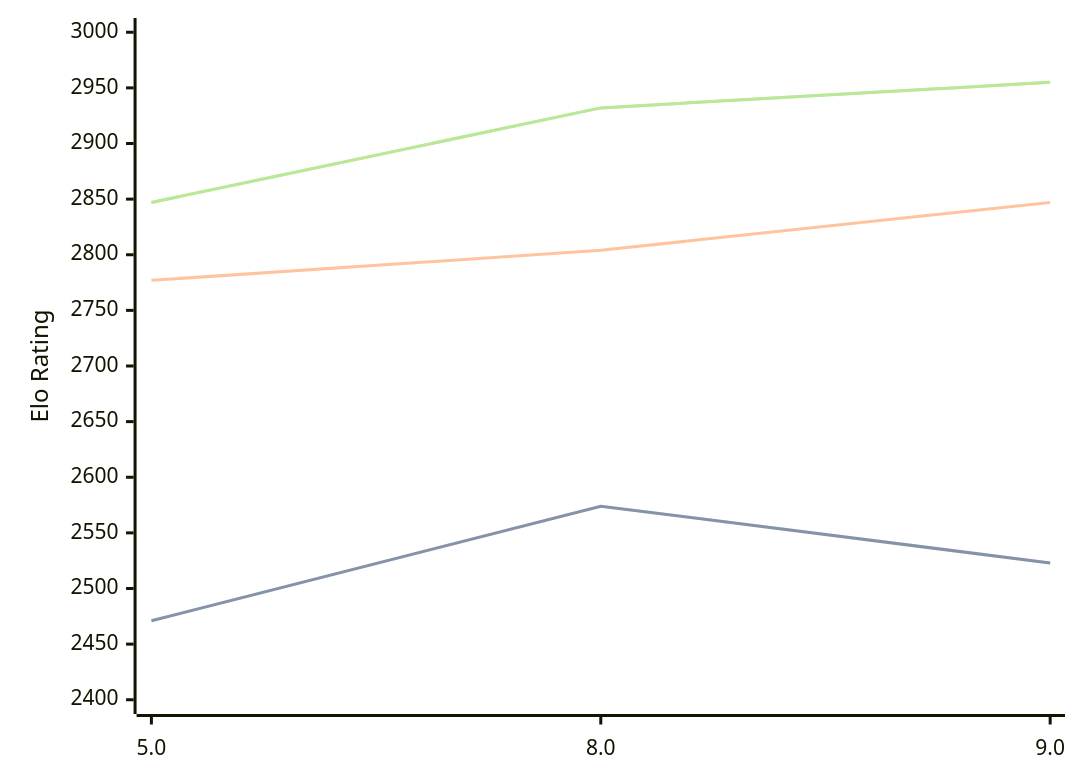
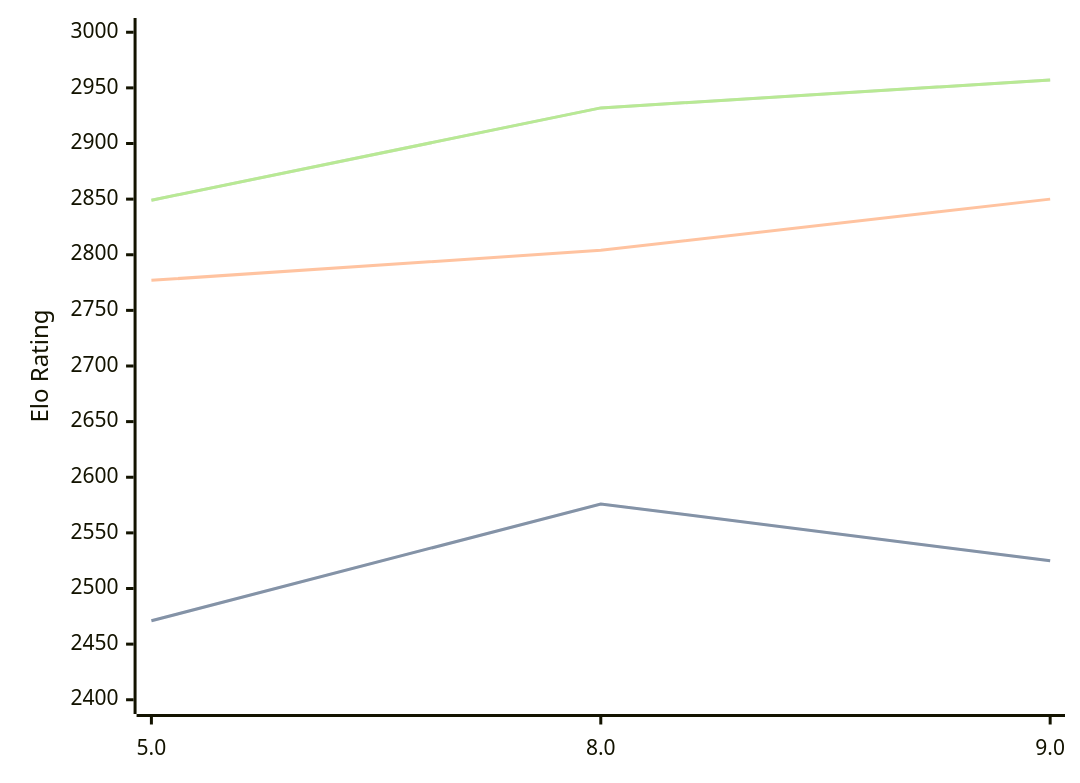
Before and after one commit to computer-chess-index/cci: the diagram in engines/4kc.md, drawn with Mermaid. The commit also changed other lines of this file, not shown here.

Commit message:
Update CCI Ratings (ELO VLTC) - 2026-07-23

````diff
--- a/engines/4kc.md
+++ b/engines/4kc.md
@@ -42,11 +42,11 @@
 ```mermaid
 %%{init: {"theme":"base","themeVariables":{"seriesColors:['#a3a3a3','#222221','#faa371']}}}%%
 xychart-beta
   x-axis ["5.0", "8.0", "9.0"]
   y-axis "Elo Rating" 2400 --> 3000
-  line "STC (8.0+0.08s)" [2471, 2574, 2523]
-  line "STC (8.0+0.08s)" [2471, 2574, 2523]
-  line "LTC (60.0+0.60s)" [2777, 2804, 2847]
-  line "VLTC (2m24s+1.12s)" [2847, 2932, 2955]
-  line "VLTC (2m24s+1.12s)" [2847, 2932, 2955]
+  line "STC (8.0+0.08s)" [2471, 2576, 2525]
+  line "STC (8.0+0.08s)" [2471, 2576, 2525]
+  line "LTC (60.0+0.60s)" [2777, 2804, 2850]
+  line "VLTC (2m24s+1.12s)" [2849, 2932, 2957]
+  line "VLTC (2m24s+1.12s)" [2849, 2932, 2957]
 ```
````
